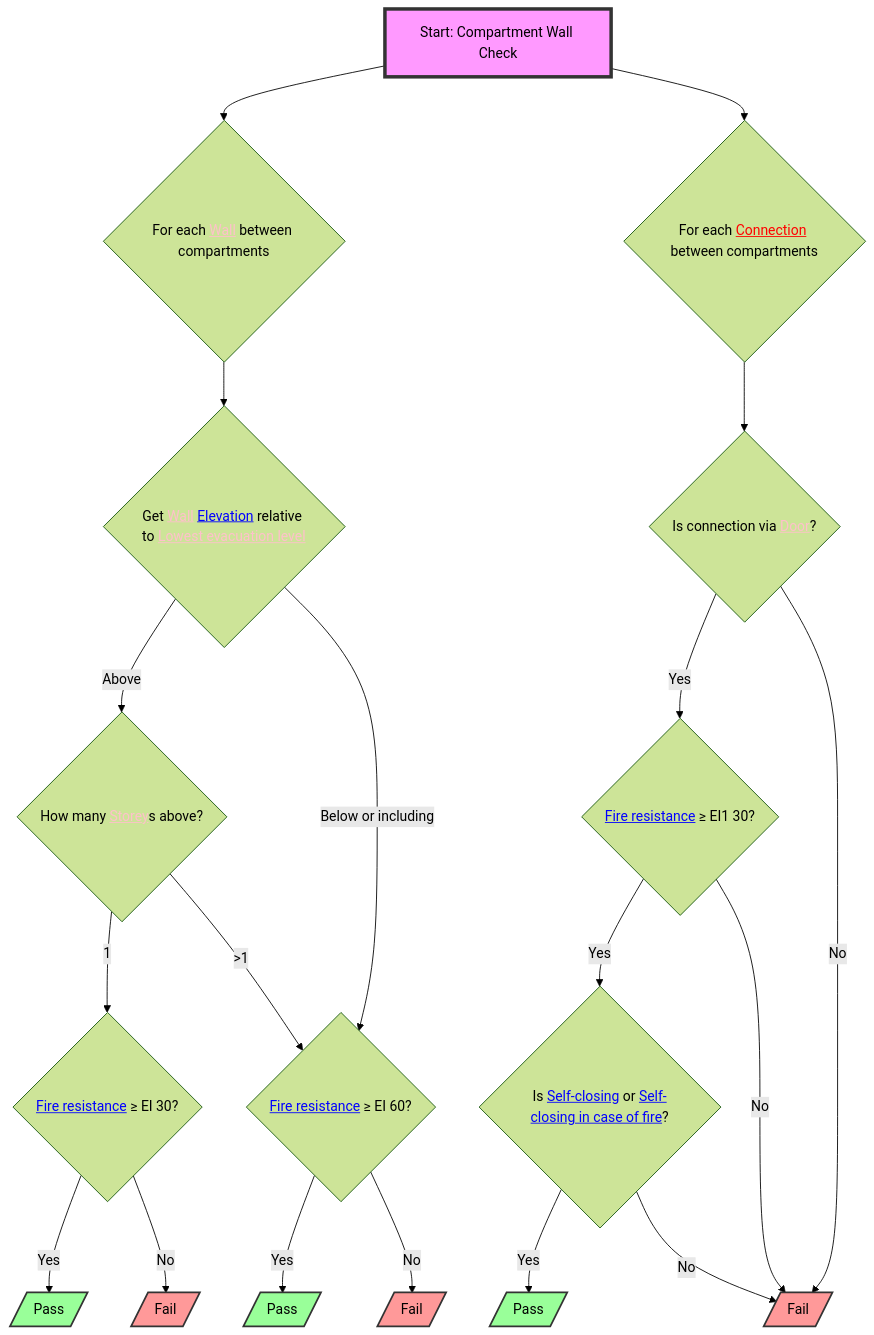
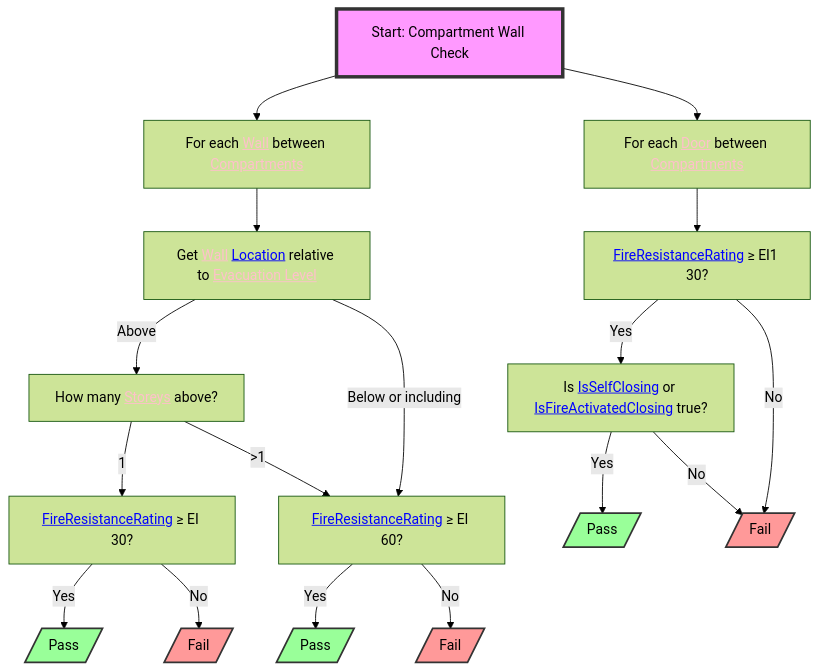
One commit to CedricDriesen92/RulebookProcessing changed the diagram in trainingsamplesRuleToMMD/section_4_1.mmd. Above: the diagram before and after it, drawn with Mermaid (forest theme). The commit also changed 24 other files, not shown here.

```diff
--- a/trainingsamplesRuleToMMD/section_4_1.mmd
+++ b/trainingsamplesRuleToMMD/section_4_1.mmd
@@ -1,29 +1,27 @@
 flowchart TD
-    S1["Start: Compartment Wall Check"] --> A{"For each <a href="http://example.com/firebimbuilding#Wall" style="color:pink;">Wall</a> between compartments"} & B{"For each <a href="http://example.com/firebimbuilding#Connection" style="color:red;">Connection</a> between compartments"}
-    A --> C{"Get <a href="http://example.com/firebimbuilding#Wall" style="color:pink;">Wall</a> <a href="http://example.com/firebimbuilding#Elevation" style="color:blue">Elevation</a> relative to <a href="http://example.com/firebimbuilding#FireResistance" style="color:pink">Lowest evacuation level</a>"}
-    C -- Above --> D{"How many <a href="http://example.com/firebimbuilding#Storey" style="color:pink;">Storey</a>s above?"}
-    C -- Below or including --> G{"<a href="http://example.com/firebimbuilding#FireResistance" style="color:blue">Fire resistance</a> ≥ EI 60?"}
-    D -- 1 --> F{"<a href="http://example.com/firebimbuilding#FireResistance" style="color:blue;">Fire resistance</a> ≥ EI 30?"}
+    S1["Start: Compartment Wall Check"] --> A["For each <a href="http://example.com/firebimbuilding#Wall" style="color:pink;">Wall</a> between <a href="http://example.com/firebimbuilding#Compartment" style="color:pink;">Compartments</a>"] & B["For each <a href="http://example.com/firebimbuilding#Door" style="color:pink;">Door</a> between <a href="http://example.com/firebimbuilding#Compartment" style="color:pink">Compartments</a>"]
+    A --> C["Get <a href="http://example.com/firebimbuilding#Wall" style="color:pink;">Wall</a> <a href="http://example.com/firebimbuilding#Location" style="color:blue;">Location</a> relative to <a href="http://example.com/firebimbuilding#EvacuationLevel" style="color:pink">Evacuation Level</a>"]
+    C -- Above --> D["How many <a href="http://example.com/firebimbuilding#Storey" style="color:pink;">Storeys</a> above?"]
+    C -- Below or including --> G["<a href="http://example.com/firebimbuilding#FireResistanceRating" style="color:blue;">FireResistanceRating</a> ≥ EI 60?"]
+    D -- 1 --> F["<a href="http://example.com/firebimbuilding#FireResistanceRating" style="color:blue;">FireResistanceRating</a> ≥ EI 30?"]
     D -- &gt;1 --> G
     F -- Yes --> H[/"Pass"/]
     F -- No --> I[/"Fail"/]
     G -- Yes --> J[/"Pass"/]
     G -- No --> K[/"Fail"/]
-    B --> N{"Is connection via <a href="http://example.com/firebimbuilding#Door" style="color:pink;">Door</a>?"}
-    N -- Yes --> O{"<a href="http://example.com/firebimbuilding#FireResistance" style="color:blue;">Fire resistance</a> ≥ EI1 30?"}
-    O -- Yes --> P{"Is <a href="http://example.com/firebimbuilding#SelfClosing" style="color:blue;">Self-closing</a> or <a href="http://example.com/firebimbuilding#SelfClosingInCaseOfFire" style="color:blue">Self-closing in case of fire</a>?"}
-    P -- Yes --> Q[/"Pass"/]
-    P -- No --> R[/"Fail"/]
-    N -- No --> R
-    O -- No --> R
+    B --> N["<a href="http://example.com/firebimbuilding#FireResistanceRating" style="color:blue;">FireResistanceRating</a> ≥ EI1 30?"]
+    N -- Yes --> O["Is <a href="http://example.com/firebimbuilding#IsSelfClosing" style="color:blue;">IsSelfClosing</a> or <a href="http://example.com/firebimbuilding#IsFireActivatedClosing" style="color:blue">IsFireActivatedClosing</a> true?"]
+    O -- Yes --> P[/"Pass"/]
+    O -- No --> Q[/"Fail"/]
+    N -- No --> Q
 
      S1:::startClass
      H:::passClass
      I:::failClass
      J:::passClass
      K:::failClass
-     Q:::passClass
-     R:::failClass
+     P:::passClass
+     Q:::failClass
     classDef startClass fill:#f9f,stroke:#333,stroke-width:4px
     classDef passClass fill:#9f9,stroke:#333,stroke-width:2px
     classDef failClass fill:#f99,stroke:#333,stroke-width:2px
```
